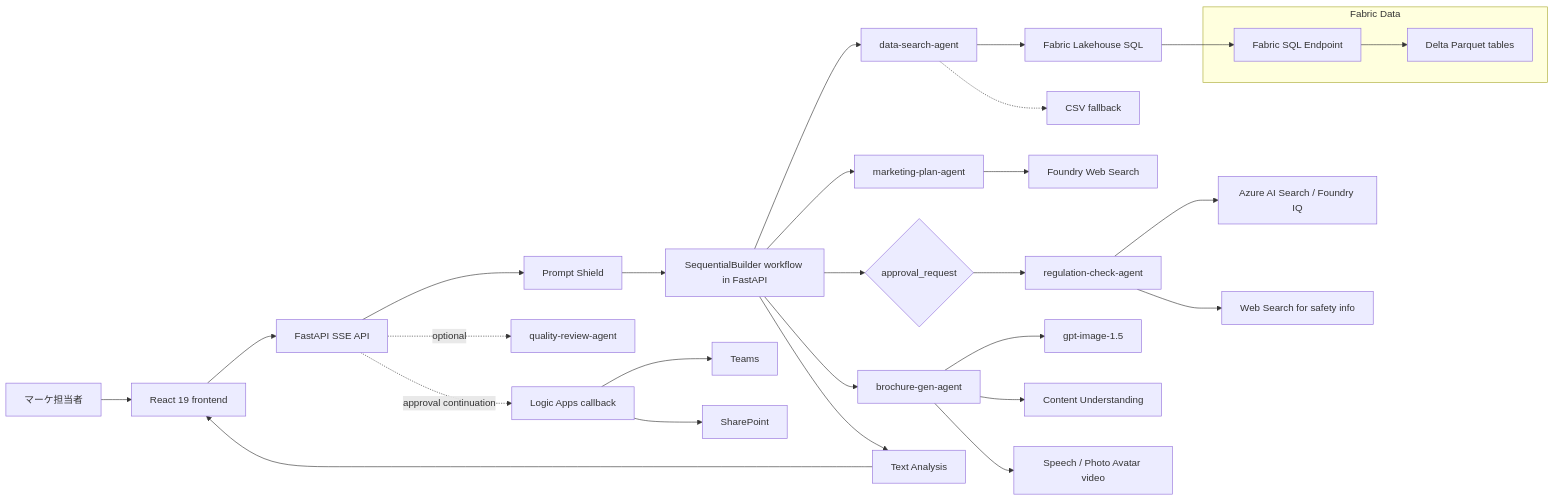
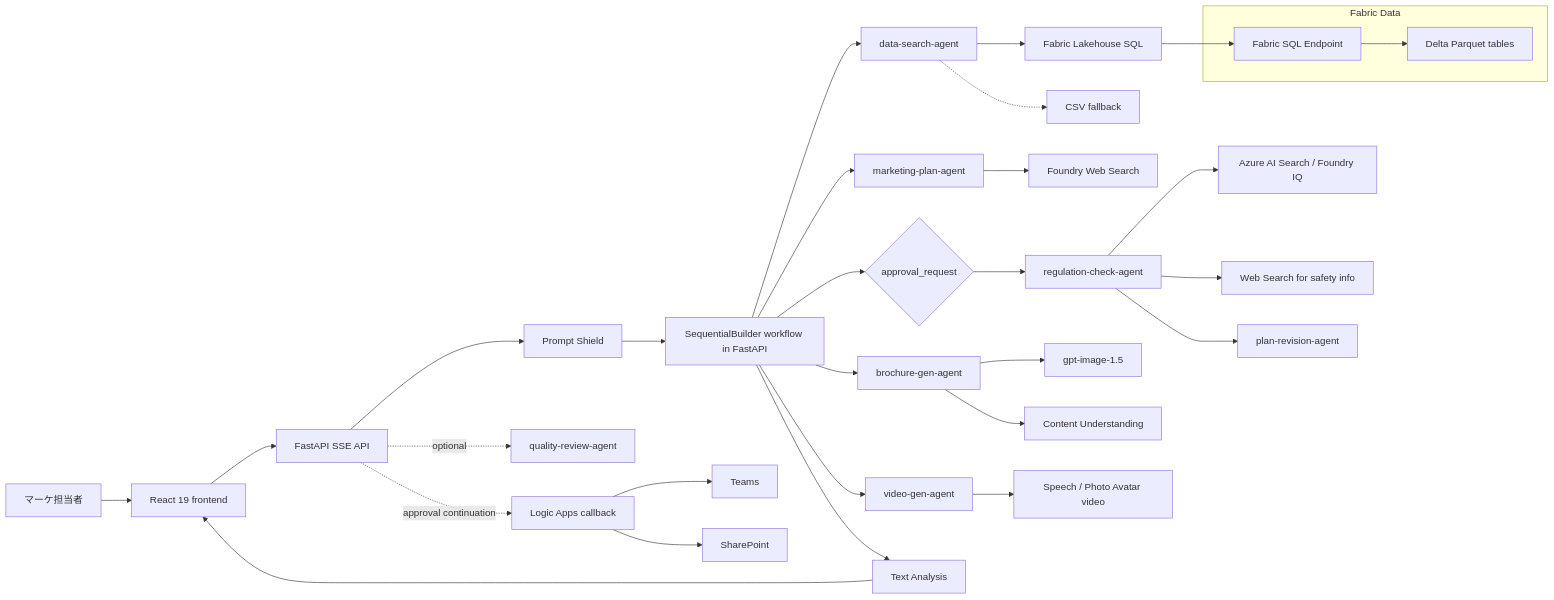
Before and after one commit to naoki1213mj/travel-marketing-ai: the first of 2 diagrams in docs/azure-architecture.md, drawn with Mermaid. The commit also changed other lines of this file and 6 other files, not shown here.

````diff
--- a/docs/azure-architecture.md
+++ b/docs/azure-architecture.md
@@ -7,39 +7,43 @@
 ```mermaid
 flowchart LR
     user[マーケ担当者] --> ui[React 19 frontend]
     ui --> api[FastAPI SSE API]
     api --> inputshield[Prompt Shield]
     inputshield --> flow[SequentialBuilder workflow in FastAPI]
 
     flow --> a1[data-search-agent]
     a1 --> fabric[Fabric Lakehouse SQL]
     a1 -.-> csv[CSV fallback]
 
     flow --> a2[marketing-plan-agent]
     a2 --> web[Foundry Web Search]
 
     flow --> approval{approval_request}
-    approval --> a3[regulation-check-agent]
-    a3 --> search[Azure AI Search / Foundry IQ]
-    a3 --> safetyweb[Web Search for safety info]
+    approval --> a3a[regulation-check-agent]
+    a3a --> search[Azure AI Search / Foundry IQ]
+    a3a --> safetyweb[Web Search for safety info]
+
+    a3a --> a3b[plan-revision-agent]
 
     flow --> a4[brochure-gen-agent]
     a4 --> image[gpt-image-1.5]
     a4 --> cu[Content Understanding]
-    a4 --> speech[Speech / Photo Avatar video]
+
+    flow --> a5[video-gen-agent]
+    a5 --> speech[Speech / Photo Avatar video]
 
     flow --> outputsafety[Text Analysis]
 
     subgraph fabricLayer[Fabric Data]
         fabricSQL[Fabric SQL Endpoint]
         fabricDelta[Delta Parquet tables]
     end
     fabric --> fabricSQL
     fabricSQL --> fabricDelta
     outputsafety --> ui
 
     api -. optional .-> review[quality-review-agent]
     api -. approval continuation .-> logic[Logic Apps callback]
     logic --> teams[Teams]
     logic --> sharepoint[SharePoint]
 ```
````
